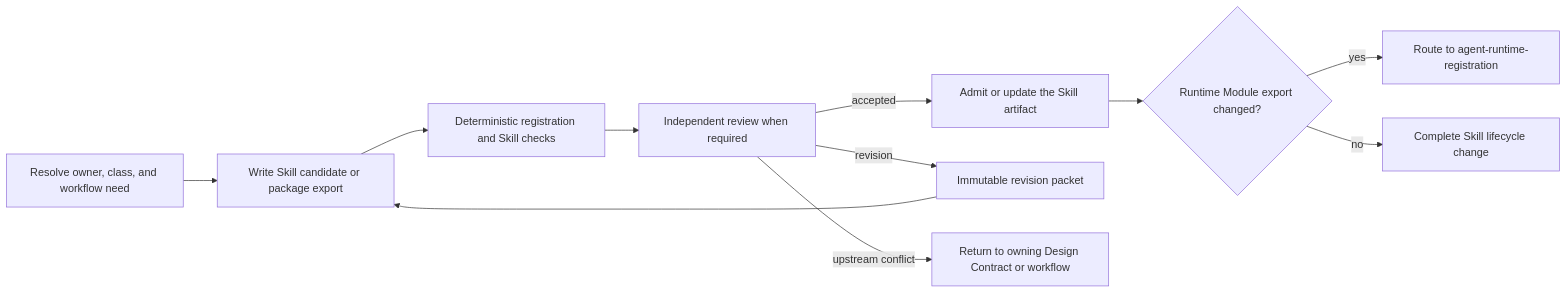
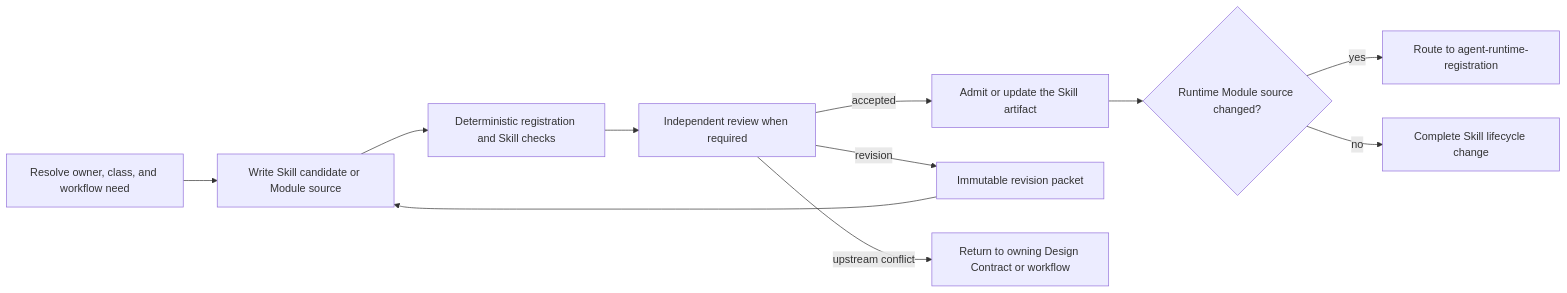
Before and after one commit to bobaoai/agent_runtime: the diagram in .agents/skills/the-skill-management/SKILL.md, drawn with Mermaid. The commit also changed other lines of this file and 62 other files, not shown here.

Commit message:
refactor: separate skill review from runtime modules

````diff
--- a/.agents/skills/the-skill-management/SKILL.md
+++ b/.agents/skills/the-skill-management/SKILL.md
@@ -98,13 +114,13 @@
 ```mermaid
 flowchart LR
-    RESOLVE["Resolve owner, class, and workflow need"] --> WRITE["Write Skill candidate or package export"]
+    RESOLVE["Resolve owner, class, and workflow need"] --> WRITE["Write Skill candidate or Module source"]
     WRITE --> CHECK["Deterministic registration and Skill checks"]
     CHECK --> REVIEW["Independent review when required"]
     REVIEW -->|"accepted"| REGISTER["Admit or update the Skill artifact"]
-    REGISTER --> EXPORT{"Runtime Module export changed?"}
-    EXPORT -->|"yes"| BUILDER["Route to agent-runtime-registration"]
-    EXPORT -->|"no"| DONE["Complete Skill lifecycle change"]
+    REGISTER --> MODULE{"Runtime Module source changed?"}
+    MODULE -->|"yes"| BUILDER["Route to agent-runtime-registration"]
+    MODULE -->|"no"| DONE["Complete Skill lifecycle change"]
     REVIEW -->|"revision"| PACKET["Immutable revision packet"]
     PACKET --> WRITE
     REVIEW -->|"upstream conflict"| OWNER["Return to owning Design Contract or workflow"]
 ```
````
